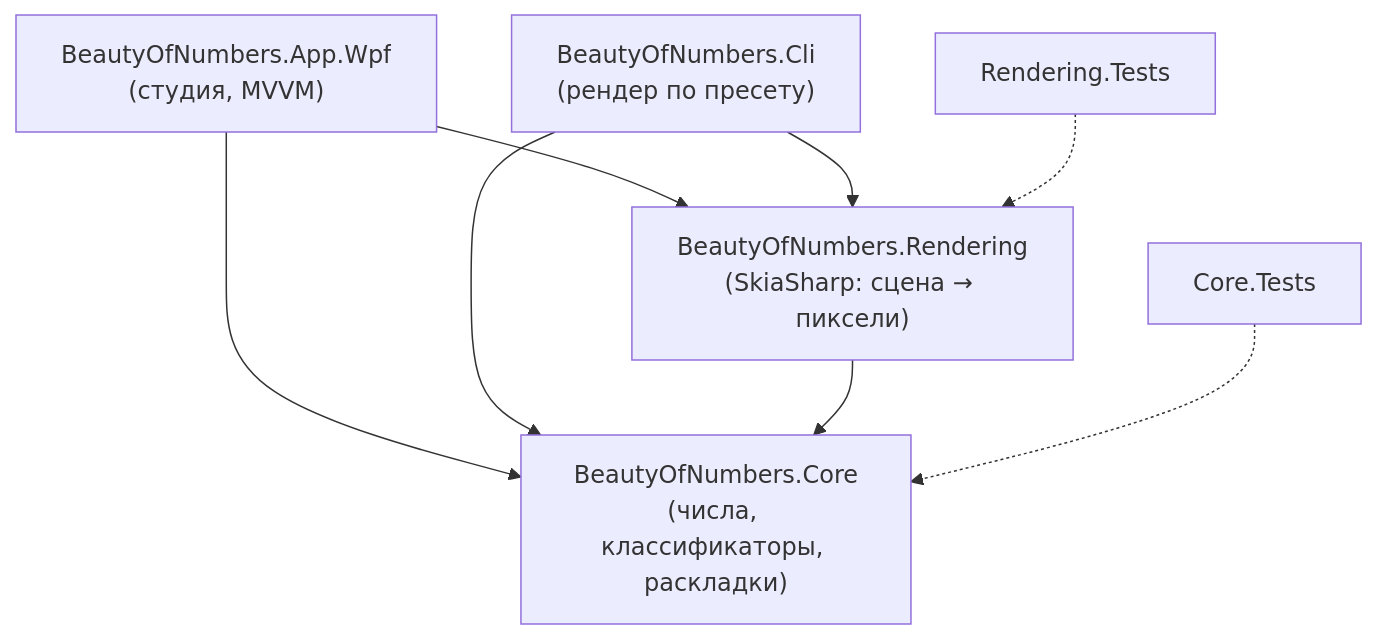
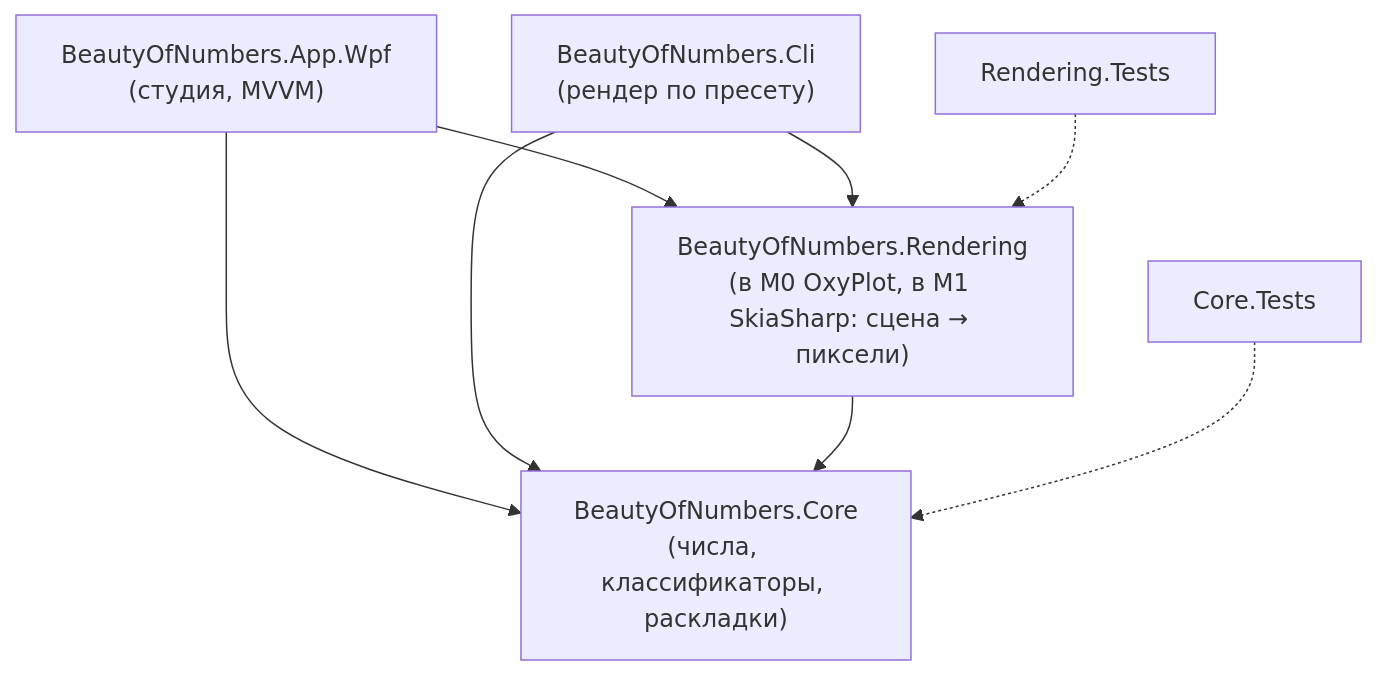
The first of 2 diagrams in docs/02-architecture/overview.md (GriefZ/prime-spiral-visualizer), drawn with Mermaid before and after one commit. The commit also changed other lines of this file and 69 other files, not shown here.

````diff
--- a/docs/02-architecture/overview.md
+++ b/docs/02-architecture/overview.md
@@ -15,17 +15,17 @@
 ```mermaid
 graph TD
     App["BeautyOfNumbers.App.Wpf<br/>(студия, MVVM)"]
     Cli["BeautyOfNumbers.Cli<br/>(рендер по пресету)"]
-    Rendering["BeautyOfNumbers.Rendering<br/>(SkiaSharp: сцена → пиксели)"]
+    Rendering["BeautyOfNumbers.Rendering<br/>(в M0 OxyPlot, в M1 SkiaSharp: сцена → пиксели)"]
     Core["BeautyOfNumbers.Core<br/>(числа, классификаторы, раскладки)"]
     CoreTests["Core.Tests"]
     RenderTests["Rendering.Tests"]
 
     App --> Rendering
     App --> Core
     Cli --> Rendering
     Cli --> Core
     Rendering --> Core
     CoreTests -.-> Core
     RenderTests -.-> Rendering
 ```
````
